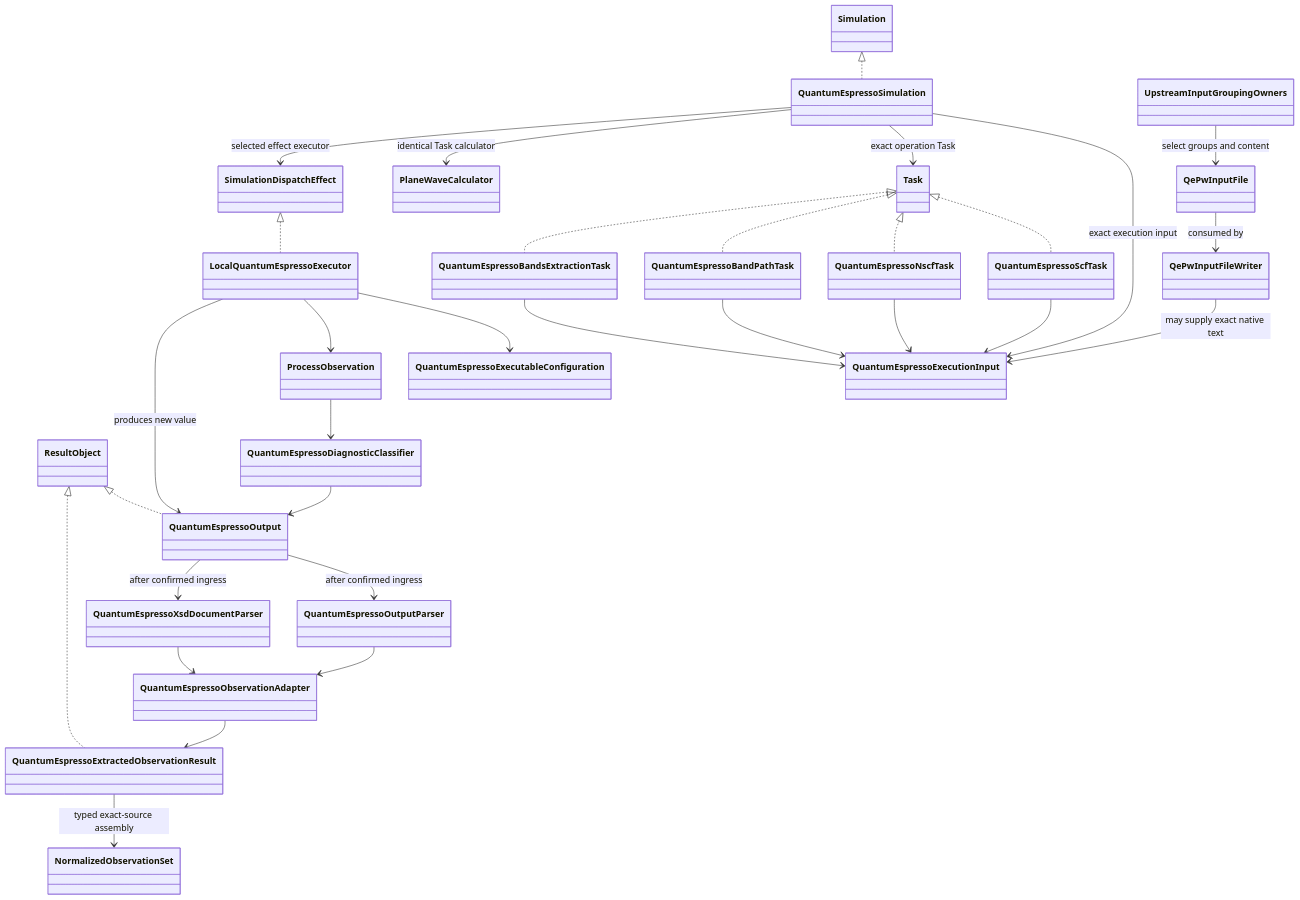
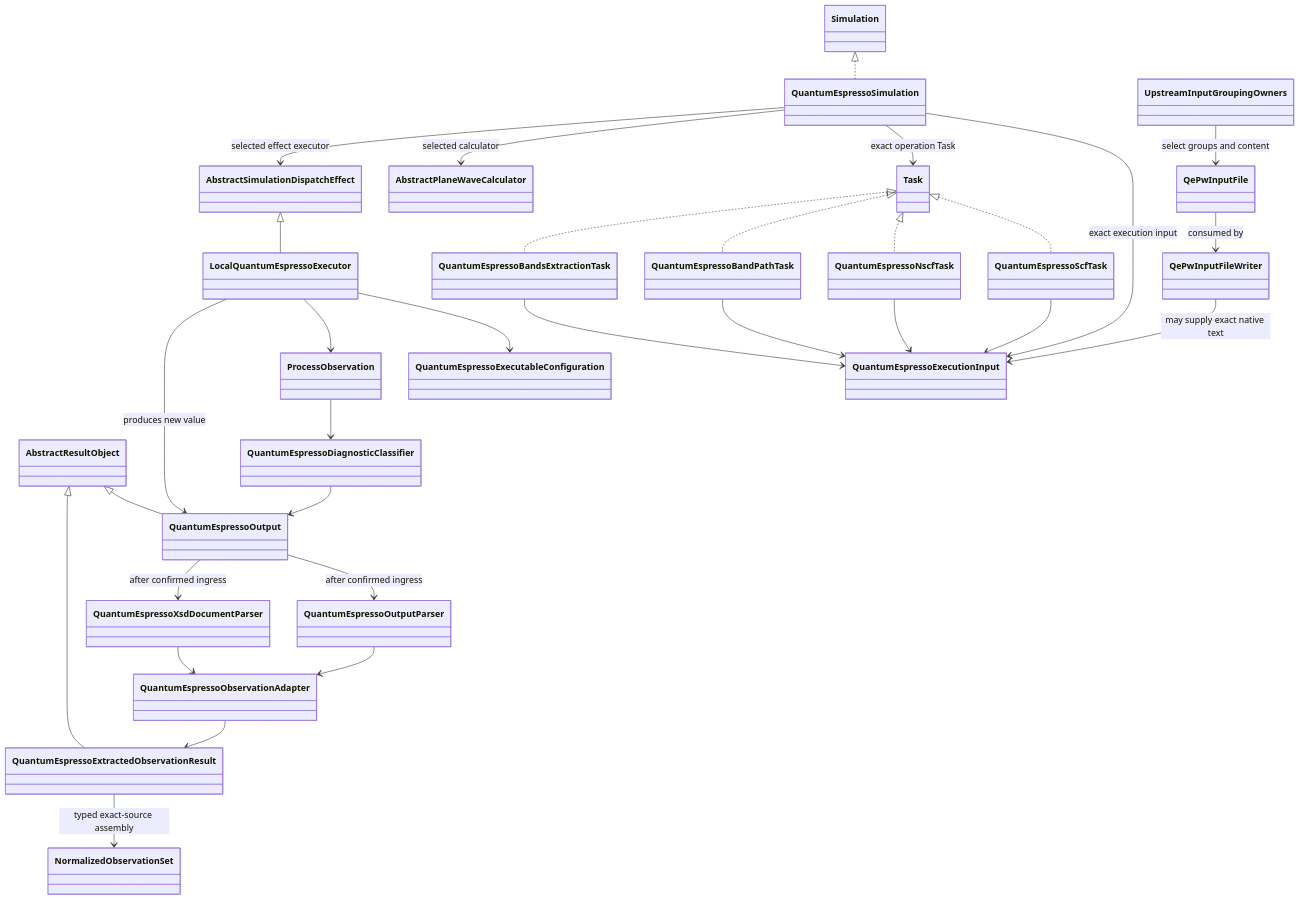
One commit to eragasa/ksdft2effmass changed the first of 2 diagrams in docs/architecture/v2/ksdft2effmass/calculators/quantum-espresso.md. Above: the diagram before and after it, drawn with Mermaid. The commit also changed other lines of this file and 94 other files, not shown here.

Commit message:
docs(architecture): close nominal ABC migration gate

````diff
--- a/docs/architecture/v2/ksdft2effmass/calculators/quantum-espresso.md
+++ b/docs/architecture/v2/ksdft2effmass/calculators/quantum-espresso.md
@@ -20,58 +20,58 @@
 ```mermaid
 classDiagram
     class Task
     class Simulation
-    class ResultObject
+    class AbstractResultObject
     class QuantumEspressoScfTask
     class QuantumEspressoNscfTask
     class QuantumEspressoBandPathTask
     class QuantumEspressoBandsExtractionTask
     class QuantumEspressoSimulation
     class UpstreamInputGroupingOwners
     class QePwInputFile
     class QePwInputFileWriter
     class QuantumEspressoExecutionInput
-    class PlaneWaveCalculator
-    class SimulationDispatchEffect
+    class AbstractPlaneWaveCalculator
+    class AbstractSimulationDispatchEffect
     class LocalQuantumEspressoExecutor
     class QuantumEspressoOutput
     class QuantumEspressoExecutableConfiguration
     class ProcessObservation
     class QuantumEspressoDiagnosticClassifier
     class QuantumEspressoOutputParser
     class QuantumEspressoXsdDocumentParser
     class QuantumEspressoObservationAdapter
     class QuantumEspressoExtractedObservationResult
     class NormalizedObservationSet
 
     Task <|.. QuantumEspressoScfTask
     Task <|.. QuantumEspressoNscfTask
     Task <|.. QuantumEspressoBandPathTask
     Task <|.. QuantumEspressoBandsExtractionTask
     Simulation <|.. QuantumEspressoSimulation
     QuantumEspressoScfTask --> QuantumEspressoExecutionInput
     QuantumEspressoNscfTask --> QuantumEspressoExecutionInput
     QuantumEspressoBandPathTask --> QuantumEspressoExecutionInput
     QuantumEspressoBandsExtractionTask --> QuantumEspressoExecutionInput
     UpstreamInputGroupingOwners --> QePwInputFile : select groups and content
     QePwInputFile --> QePwInputFileWriter : consumed by
     QePwInputFileWriter --> QuantumEspressoExecutionInput : may supply exact native text
     QuantumEspressoSimulation --> QuantumEspressoExecutionInput : exact execution input
     QuantumEspressoSimulation --> Task : exact operation Task
-    QuantumEspressoSimulation --> PlaneWaveCalculator : identical Task calculator
-    QuantumEspressoSimulation --> SimulationDispatchEffect : selected effect executor
-    SimulationDispatchEffect <|.. LocalQuantumEspressoExecutor
+    QuantumEspressoSimulation --> AbstractPlaneWaveCalculator : selected calculator
+    QuantumEspressoSimulation --> AbstractSimulationDispatchEffect : selected effect executor
+    AbstractSimulationDispatchEffect <|-- LocalQuantumEspressoExecutor
     LocalQuantumEspressoExecutor --> QuantumEspressoExecutableConfiguration
     LocalQuantumEspressoExecutor --> ProcessObservation
     ProcessObservation --> QuantumEspressoDiagnosticClassifier
     QuantumEspressoDiagnosticClassifier --> QuantumEspressoOutput
     LocalQuantumEspressoExecutor --> QuantumEspressoOutput : produces new value
-    ResultObject <|.. QuantumEspressoOutput
+    AbstractResultObject <|-- QuantumEspressoOutput
     QuantumEspressoOutput --> QuantumEspressoOutputParser : after confirmed ingress
     QuantumEspressoOutput --> QuantumEspressoXsdDocumentParser : after confirmed ingress
     QuantumEspressoOutputParser --> QuantumEspressoObservationAdapter
     QuantumEspressoXsdDocumentParser --> QuantumEspressoObservationAdapter
     QuantumEspressoObservationAdapter --> QuantumEspressoExtractedObservationResult
-    ResultObject <|.. QuantumEspressoExtractedObservationResult
+    AbstractResultObject <|-- QuantumEspressoExtractedObservationResult
     QuantumEspressoExtractedObservationResult --> NormalizedObservationSet : typed exact-source assembly
 ```
````
